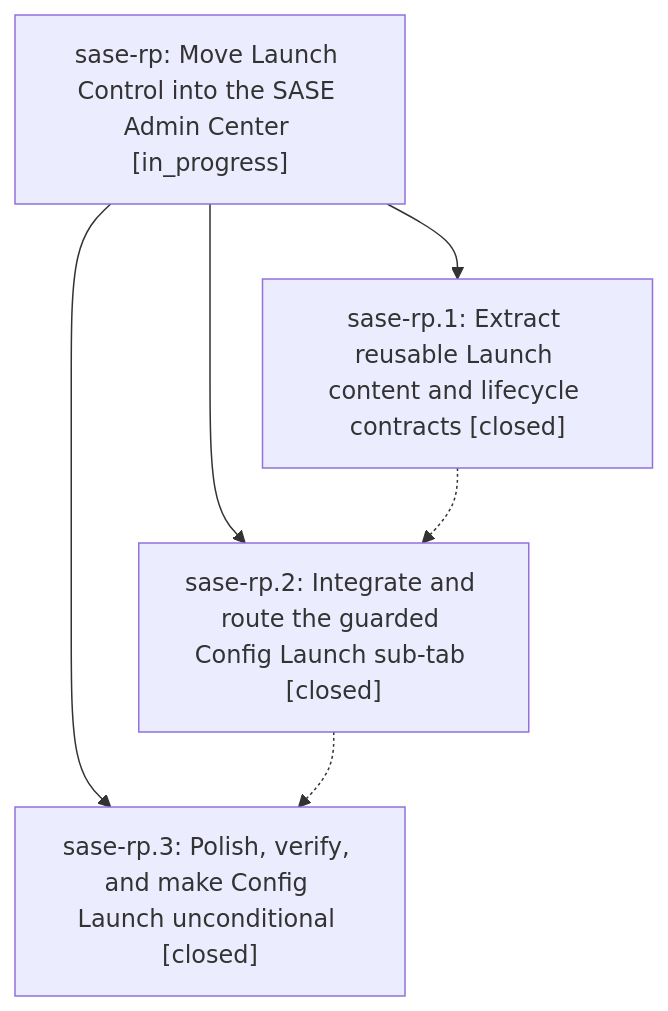
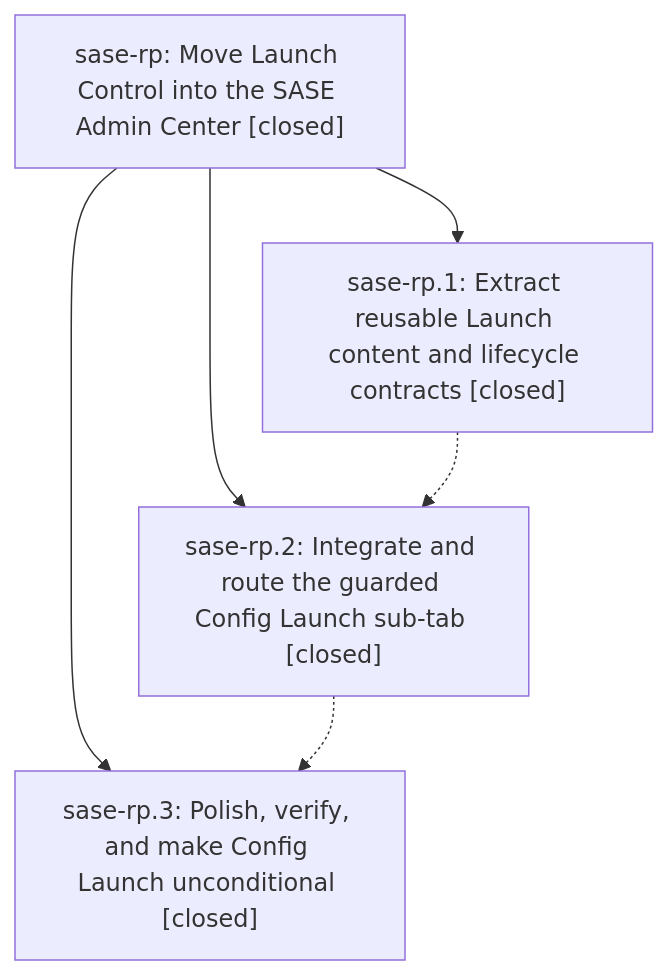
The diagram in pages/sase-rp/README.md (sase-org/sase--beads), drawn with Mermaid before and after one commit. The commit also changed other lines of this file, not shown here.

First line of the commit message:
chore(beads): sync bead state and pages for sase-rp

````diff
--- a/pages/sase-rp/README.md
+++ b/pages/sase-rp/README.md
@@ -24,12 +28,12 @@
 ```mermaid
 flowchart TD
-    n0["sase-rp: Move Launch Control into the SASE Admin Center [in_progress]"]
+    n0["sase-rp: Move Launch Control into the SASE Admin Center [closed]"]
     n1["sase-rp.1: Extract reusable Launch content and lifecycle contracts [closed]"]
     n2["sase-rp.2: Integrate and route the guarded Config Launch sub-tab [closed]"]
     n3["sase-rp.3: Polish, verify, and make Config Launch unconditional [closed]"]
     n0 --> n1
     n0 --> n2
     n0 --> n3
     n1 -.-> n2
     n2 -.-> n3
 ```
````
